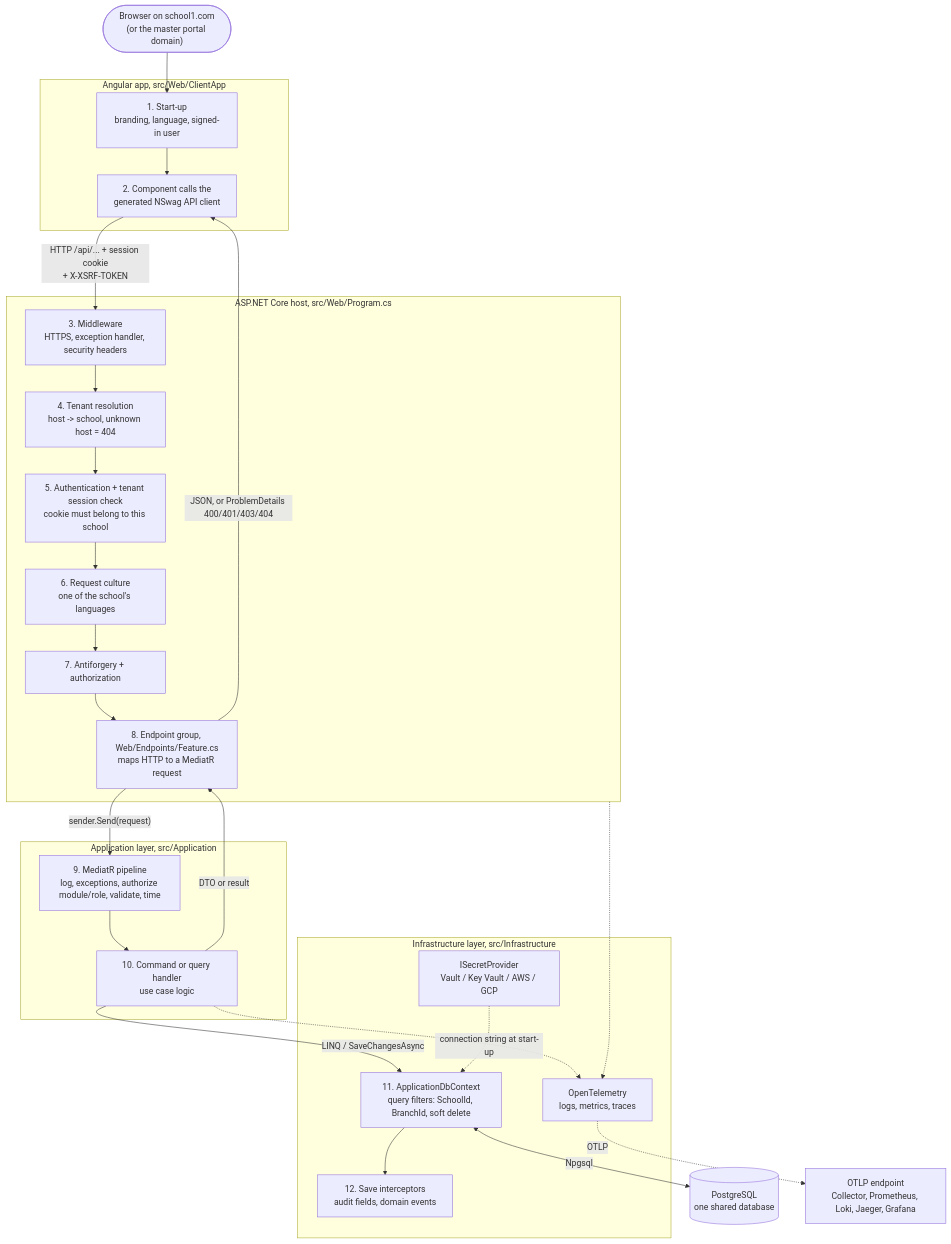
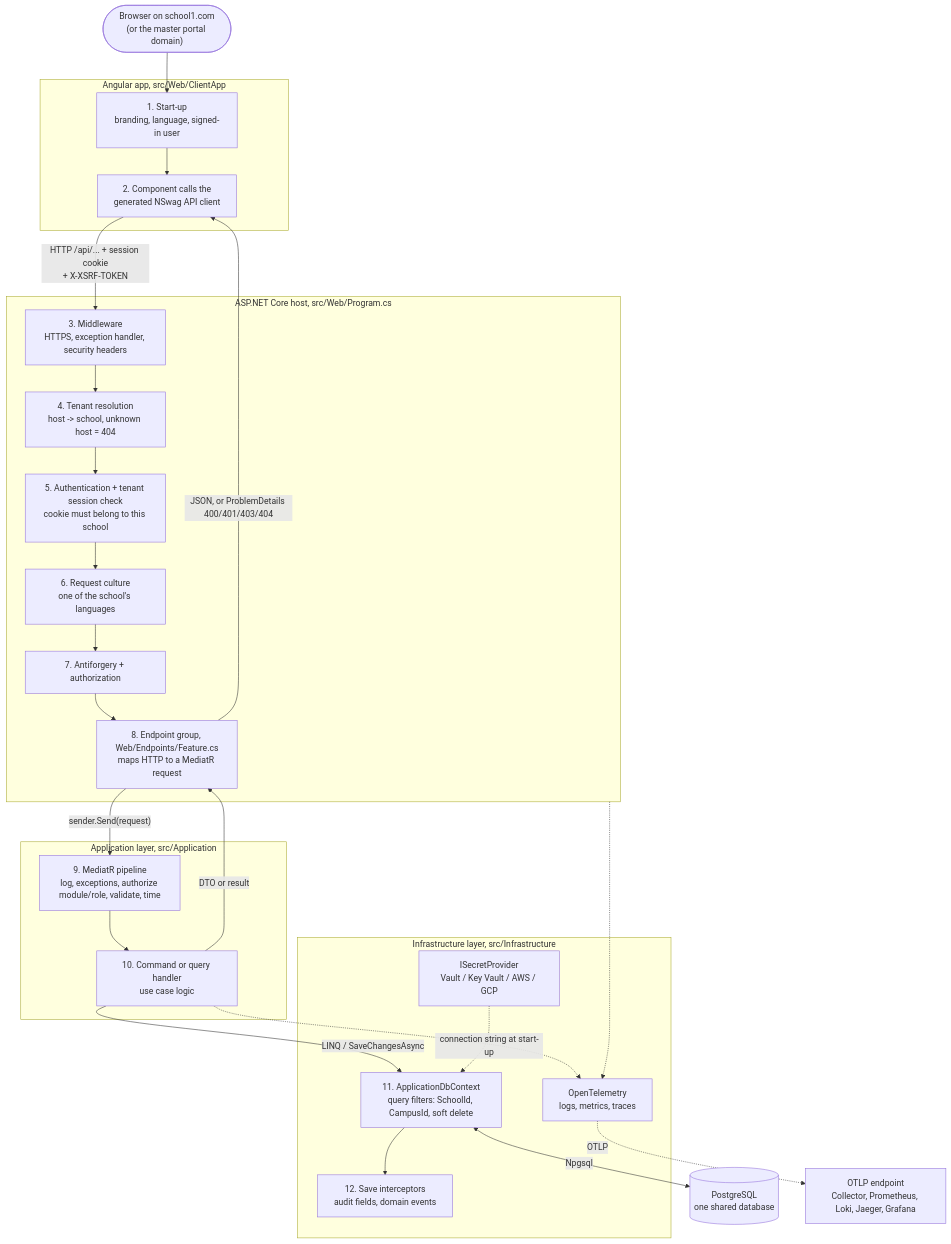
Before and after one commit to ahmedshahjr/Education-Portal: the first of 21 diagrams in README.md, drawn with Mermaid. The commit also changed other lines of this file and 188 other files, not shown here.

Commit message:
fixed campus flow. also by schhool country campus city and rpiovicue should be shhow ibntasd

````diff
--- a/README.md
+++ b/README.md
@@ -148,47 +148,47 @@
 ```mermaid
 flowchart TB
     browser(["Browser on school1.com<br/>(or the master portal domain)"])
 
     subgraph client["Angular app, src/Web/ClientApp"]
         boot["1. Start-up<br/>branding, language, signed-in user"]
         ui["2. Component calls the<br/>generated NSwag API client"]
     end
 
     subgraph host["ASP.NET Core host, src/Web/Program.cs"]
         mw["3. Middleware<br/>HTTPS, exception handler, security headers"]
         tenant["4. Tenant resolution<br/>host -> school, unknown host = 404"]
         authn["5. Authentication + tenant session check<br/>cookie must belong to this school"]
         culture["6. Request culture<br/>one of the school's languages"]
         authz["7. Antiforgery + authorization"]
         endpoint["8. Endpoint group, Web/Endpoints/Feature.cs<br/>maps HTTP to a MediatR request"]
     end
 
     subgraph app["Application layer, src/Application"]
         pipeline["9. MediatR pipeline<br/>log, exceptions, authorize module/role, validate, time"]
         handler["10. Command or query handler<br/>use case logic"]
     end
 
     subgraph infra["Infrastructure layer, src/Infrastructure"]
-        ctx["11. ApplicationDbContext<br/>query filters: SchoolId, BranchId, soft delete"]
+        ctx["11. ApplicationDbContext<br/>query filters: SchoolId, CampusId, soft delete"]
         save["12. Save interceptors<br/>audit fields, domain events"]
         secrets["ISecretProvider<br/>Vault / Key Vault / AWS / GCP"]
         otel["OpenTelemetry<br/>logs, metrics, traces"]
     end
 
     db[("PostgreSQL<br/>one shared database")]
     collector["OTLP endpoint<br/>Collector, Prometheus, Loki, Jaeger, Grafana"]
 
     browser --> boot --> ui
     ui -->|"HTTP /api/... + session cookie<br/>+ X-XSRF-TOKEN"| mw
     mw --> tenant --> authn --> culture --> authz --> endpoint
     endpoint -->|"sender.Send(request)"| pipeline --> handler
     handler -->|"LINQ / SaveChangesAsync"| ctx
     ctx --> save
     ctx <-->|"Npgsql"| db
     secrets -.->|"connection string at start-up"| ctx
     handler -.-> otel
     host -.-> otel
     otel -.->|"OTLP"| collector
     handler -->|"DTO or result"| endpoint
     endpoint -->|"JSON, or ProblemDetails 400/401/403/404"| ui
 ```
````
